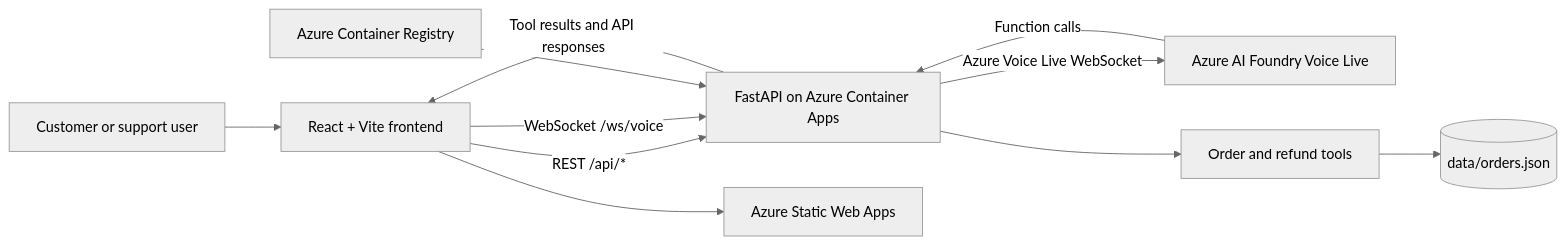
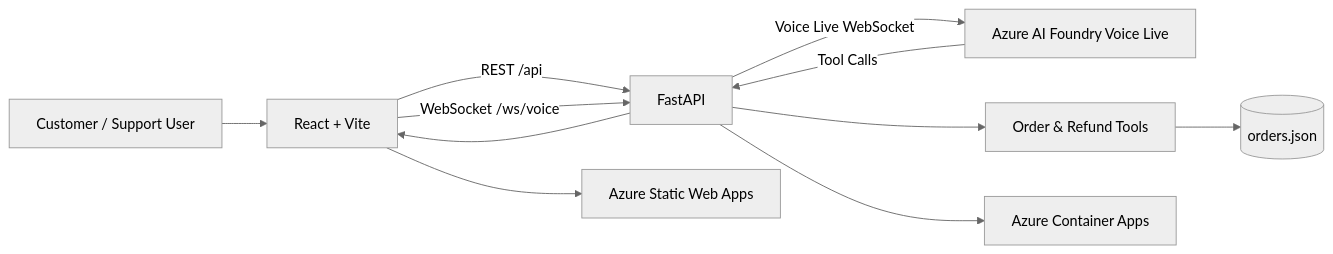
Before and after one commit to Pb-Pranjal/voice_customer_agent: the diagram in README.md, drawn with Mermaid (neutral theme). The commit also changed other lines of this file, not shown here.

````diff
--- a/README.md
+++ b/README.md
@@ -52,13 +24,13 @@
 ```mermaid
 flowchart LR
-    U[Customer or support user] --> F[React + Vite frontend]
-    F -->|REST /api/*| B[FastAPI on Azure Container Apps]
+    U[Customer / Support User] --> F[React + Vite]
+    F -->|REST /api| B[FastAPI]
     F -->|WebSocket /ws/voice| B
-    B -->|Azure Voice Live WebSocket| V[Azure AI Foundry Voice Live]
-    V -->|Function calls| B
-    B --> T[Order and refund tools]
-    T --> D[(data/orders.json)]
-    B -->|Tool results and API responses| F
+    B -->|Voice Live WebSocket| V[Azure AI Foundry Voice Live]
+    V -->|Tool Calls| B
+    B --> T[Order & Refund Tools]
+    T --> D[(orders.json)]
+    B --> F
     F --> S[Azure Static Web Apps]
-    R[Azure Container Registry] --> B
+    B --> C[Azure Container Apps]
 ```
````
